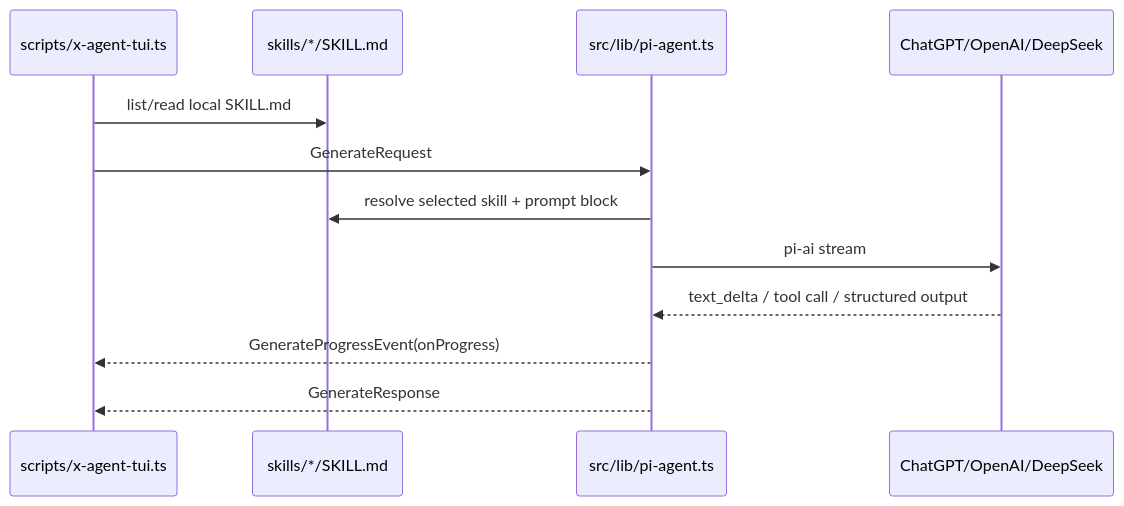
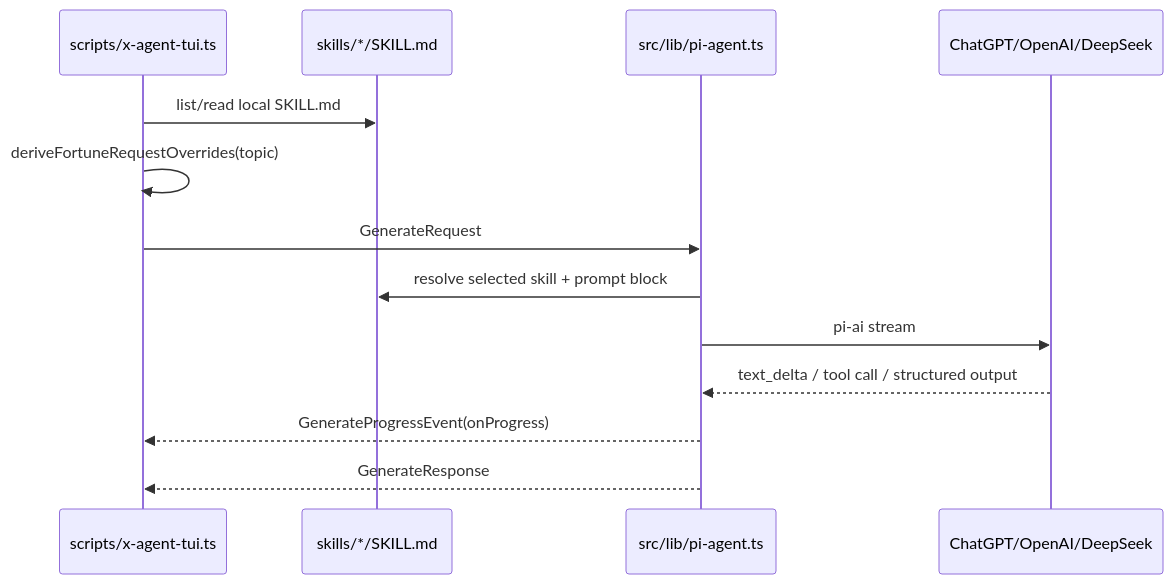
One commit to story2u/x-agent changed the first of 2 diagrams in docs/数据流程.md. Above: the diagram before and after it, drawn with Mermaid. The commit also changed other lines of this file and 19 other files, not shown here.

````diff
--- a/docs/数据流程.md
+++ b/docs/数据流程.md
@@ -5,15 +5,16 @@
 ```mermaid
 sequenceDiagram
   participant TUI as scripts/x-agent-tui.ts
   participant Skills as skills/*/SKILL.md
   participant Agent as src/lib/pi-agent.ts
   participant Model as ChatGPT/OpenAI/DeepSeek
 
   TUI->>Skills: list/read local SKILL.md
+  TUI->>TUI: deriveFortuneRequestOverrides(topic)
   TUI->>Agent: GenerateRequest
   Agent->>Skills: resolve selected skill + prompt block
   Agent->>Model: pi-ai stream
   Model-->>Agent: text_delta / tool call / structured output
   Agent-->>TUI: GenerateProgressEvent(onProgress)
   Agent-->>TUI: GenerateResponse
 ```
````
